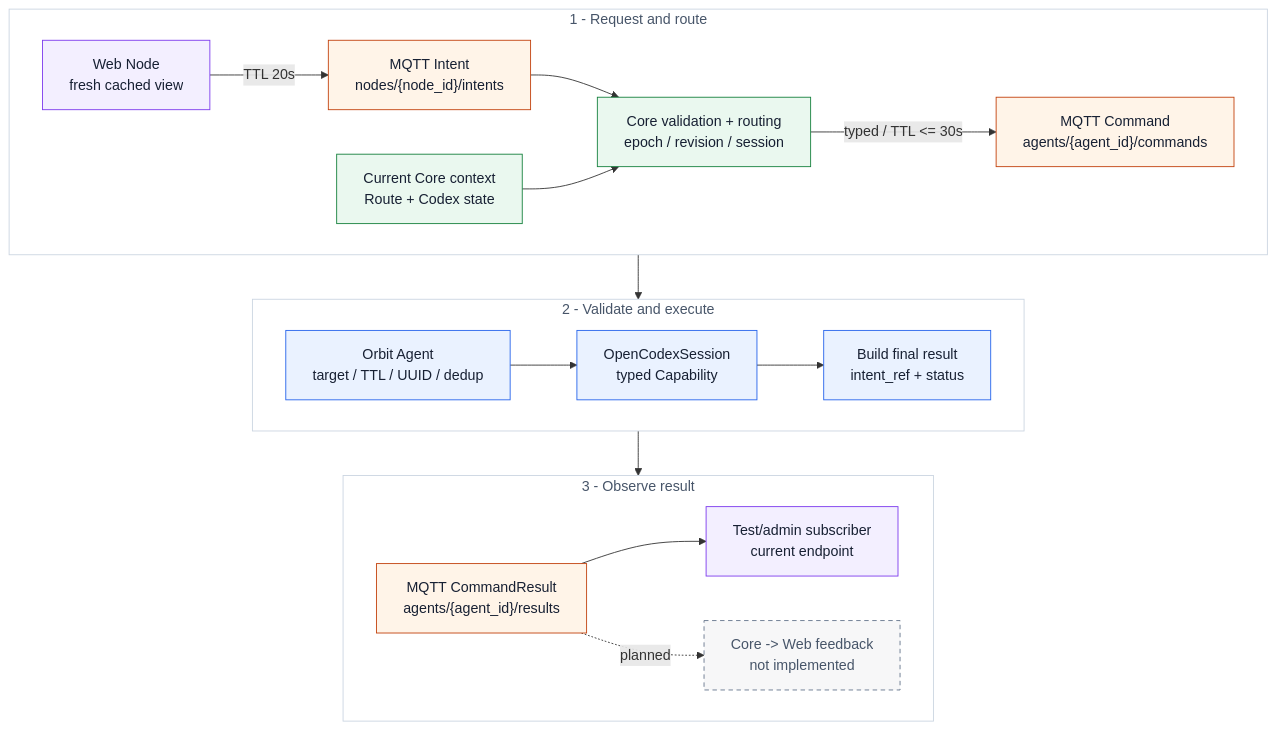
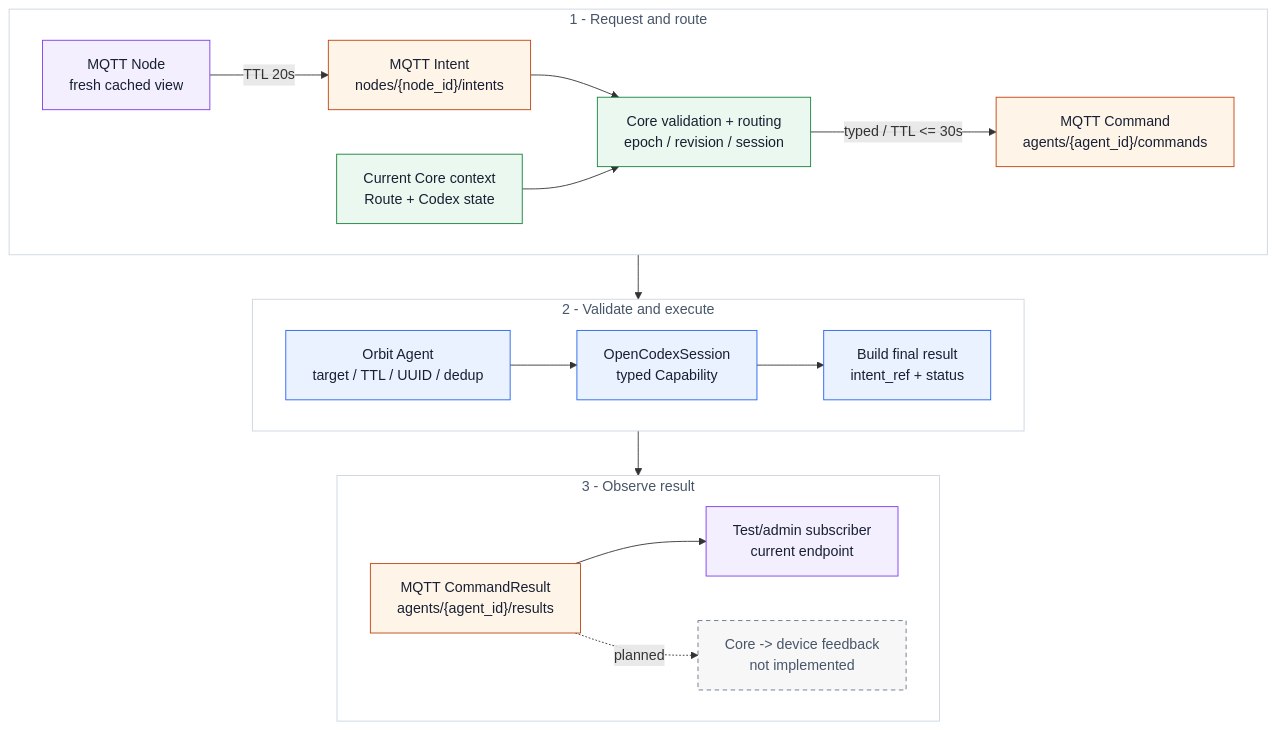
Before and after one commit to leowzz/orbit: the second of 2 diagrams in README.md, drawn with Mermaid. The commit also changed other lines of this file and 21 other files, not shown here.

Commit message:
feat: make web node inbox-only and harden authentication

````diff
--- a/README.md
+++ b/README.md
@@ -51,39 +53,39 @@
 ```mermaid
 flowchart TB
     subgraph Request["1 - Request and route"]
         direction LR
-        Web["Web Node<br/>fresh cached view"] -->|"TTL 20s"| Intent["MQTT Intent<br/>nodes/{node_id}/intents"]
+        Node["MQTT Node<br/>fresh cached view"] -->|"TTL 20s"| Intent["MQTT Intent<br/>nodes/{node_id}/intents"]
         Intent --> Router["Core validation + routing<br/>epoch / revision / session"]
         Context["Current Core context<br/>Route + Codex state"] --> Router
         Router -->|"typed / TTL <= 30s"| Command["MQTT Command<br/>agents/{agent_id}/commands"]
     end
 
     subgraph Execute["2 - Validate and execute"]
         direction LR
         Agent["Orbit Agent<br/>target / TTL / UUID / dedup"] --> Capability["OpenCodexSession<br/>typed Capability"]
         Capability --> Result["Build final result<br/>intent_ref + status"]
     end
 
     subgraph Observe["3 - Observe result"]
         direction LR
         ResultTopic["MQTT CommandResult<br/>agents/{agent_id}/results"] --> Observer["Test/admin subscriber<br/>current endpoint"]
-        ResultTopic -. "planned" .-> Feedback["Core -> Web feedback<br/>not implemented"]
+        ResultTopic -. "planned" .-> Feedback["Core -> device feedback<br/>not implemented"]
     end
 
     Command --> Agent
     Result --> ResultTopic
 
     classDef host fill:#eaf2ff,stroke:#2563eb,color:#172033
     classDef topic fill:#fff4e8,stroke:#c2410c,color:#172033
     classDef core fill:#eaf8ef,stroke:#15803d,color:#172033
     classDef node fill:#f3efff,stroke:#7c3aed,color:#172033
     classDef planned fill:#f7f7f8,stroke:#64748b,stroke-dasharray:5 4,color:#475569
     class Agent,Capability,Result host
     class Intent,Command,ResultTopic topic
     class Router,Context core
     class Web,Observer node
     class Feedback planned
     style Request fill:#ffffff,stroke:#cbd5e1,color:#475569
     style Execute fill:#ffffff,stroke:#cbd5e1,color:#475569
     style Observe fill:#ffffff,stroke:#cbd5e1,color:#475569
 ```
````
